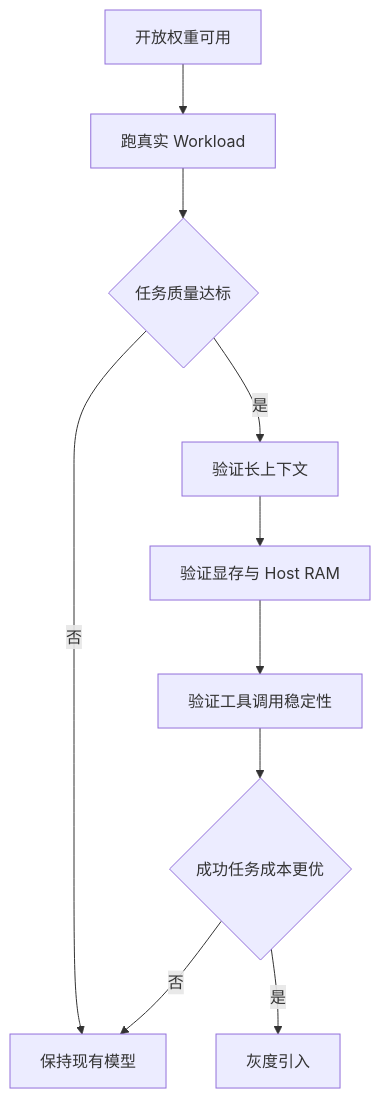
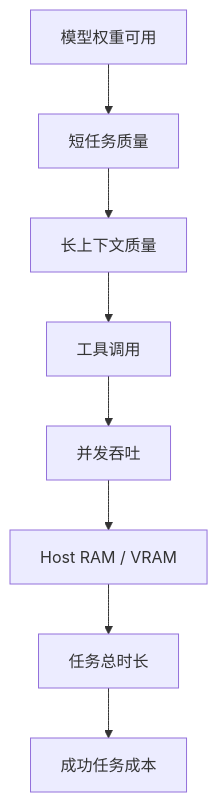
One commit to wlf186/ai-daily-headlines changed the fourth of 22 diagrams in 260827.md. Above: the diagram before and after it, drawn with Mermaid. The commit also changed other lines of this file, not shown here.

````diff
--- a/260827.md
+++ b/260827.md
@@ -70,12 +138,10 @@
 ```mermaid
 flowchart TD
-    QD1[开放权重可用] --> QD2[跑真实 Workload]
-    QD2 --> QD3{任务质量达标}
-    QD3 -- 否 --> QD4[保持现有模型]
-    QD3 -- 是 --> QD5[验证长上下文]
-    QD5 --> QD6[验证显存与 Host RAM]
-    QD6 --> QD7[验证工具调用稳定性]
-    QD7 --> QD8{成功任务成本更优}
-    QD8 -- 是 --> QD9[灰度引入]
-    QD8 -- 否 --> QD4
+    QE1[模型权重可用] --> QE2[短任务质量]
+    QE2 --> QE3[长上下文质量]
+    QE3 --> QE4[工具调用]
+    QE4 --> QE5[并发吞吐]
+    QE5 --> QE6[Host RAM / VRAM]
+    QE6 --> QE7[任务总时长]
+    QE7 --> QE8[成功任务成本]
 ```
````
